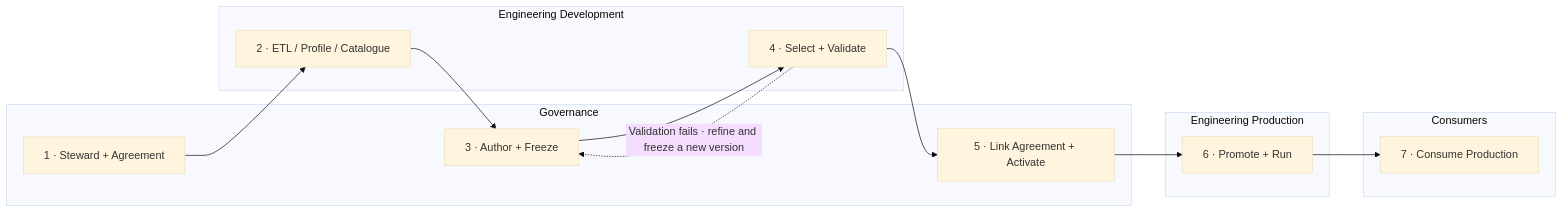
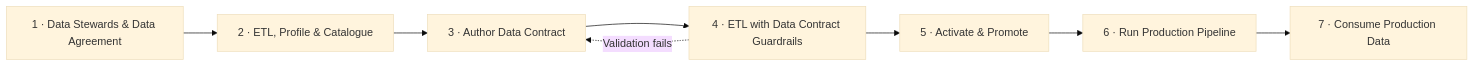
One commit to Voycepeh/FabricOps-Starter-Kit changed the first of 3 diagrams in docs/how-fabricops-works.md. Above: the diagram before and after it, drawn with Mermaid (base theme). The commit also changed other lines of this file and 1 other file, not shown here.

Commit message:
docs: reduce Mermaid diagrams to core concepts

````diff
--- a/docs/how-fabricops-works.md
+++ b/docs/how-fabricops-works.md
@@ -163,20 +163,13 @@
 ```mermaid
 flowchart LR
-    subgraph GOV[Governance]
-        S1["1 · Steward + Agreement"]
-        S3["3 · Author + Freeze"]
-        S5["5 · Link Agreement + Activate"]
-    end
-    subgraph DEV[Engineering Development]
-        S2["2 · ETL / Profile / Catalogue"]
-        S4["4 · Select + Validate"]
-    end
-    subgraph PROD[Engineering Production]
-        S6["6 · Promote + Run"]
-    end
-    subgraph CON[Consumers]
-        S7["7 · Consume Production"]
-    end
+    S1["1 · Data Stewards & Data Agreement"]
+    S2["2 · ETL, Profile & Catalogue"]
+    S3["3 · Author Data Contract"]
+    S4["4 · ETL with Data Contract Guardrails"]
+    S5["5 · Activate & Promote"]
+    S6["6 · Run Production Pipeline"]
+    S7["7 · Consume Production Data"]
+
     S1 --> S2 --> S3 --> S4 --> S5 --> S6 --> S7
-    S4 -. "Validation fails · refine and freeze a new version" .-> S3
+    S4 -. "Validation fails" .-> S3
 ```
````
